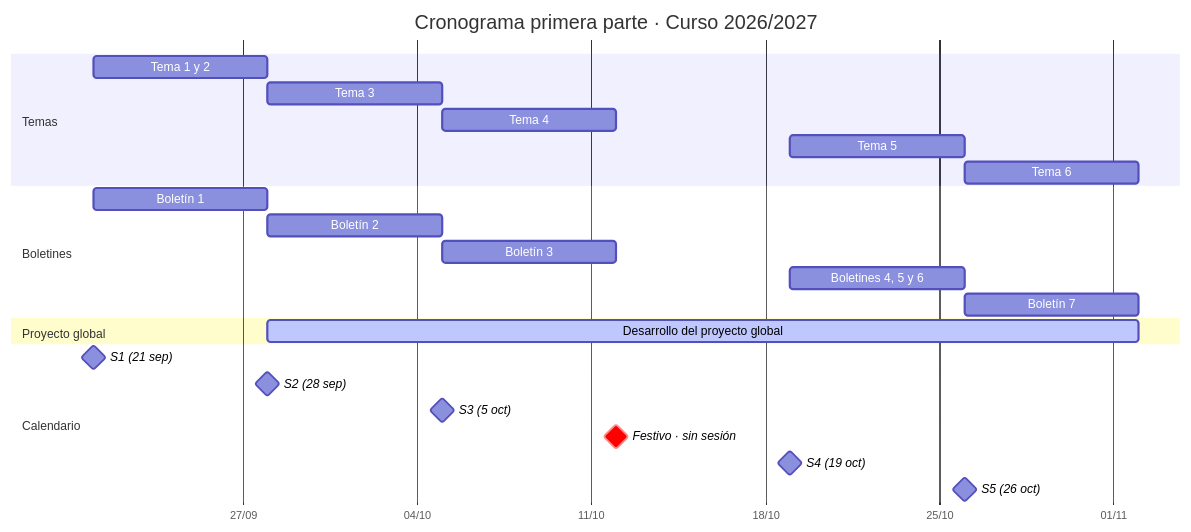
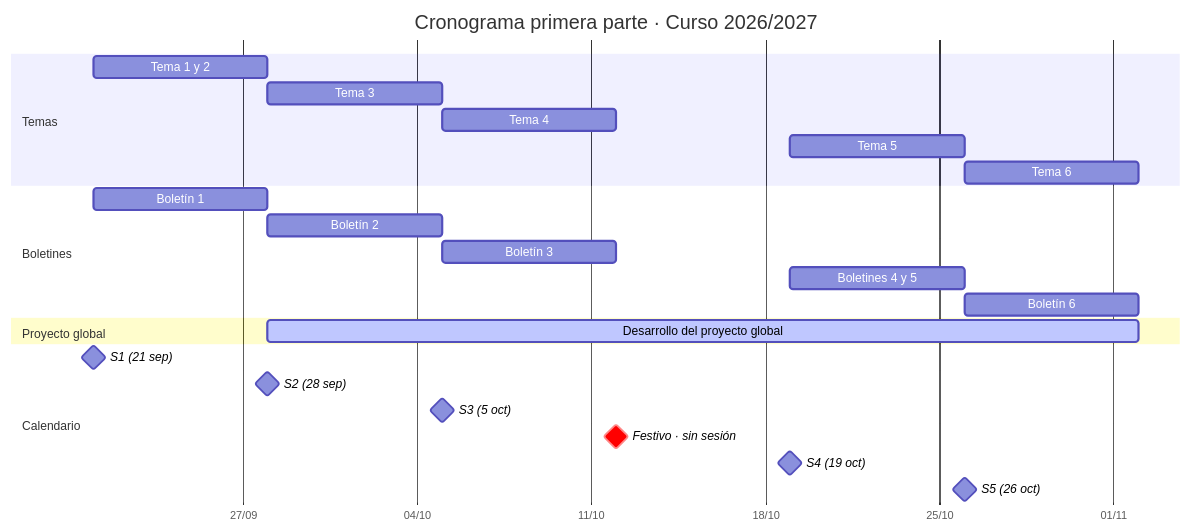
The sixth of 6 diagrams in content/practicas/boletin0-guia-del-curso.md (practicas-continuas-umu/apuntes), drawn with Mermaid before and after one commit. The commit also changed other lines of this file and 4 other files, not shown here.

````diff
--- a/content/practicas/boletin0-guia-del-curso.md
+++ b/content/practicas/boletin0-guia-del-curso.md
@@ -282,31 +281,31 @@
 ```mermaid
 gantt
     title Cronograma primera parte · Curso 2026/2027
     dateFormat YYYY-MM-DD
     axisFormat %d/%m
  
     section Temas
     Tema 1 y 2                 :t12,  2026-09-21, 7d
     Tema 3                     :t3,   2026-09-28, 7d
     Tema 4                     :t4,   2026-10-05, 7d
     Tema 5                     :t5,   2026-10-19, 7d
     Tema 6                     :t6,   2026-10-26, 7d
  
     section Boletines
     Boletín 1                  :b1,   2026-09-21, 7d
     Boletín 2                  :b2,   2026-09-28, 7d
     Boletín 3                  :b3,   2026-10-05, 7d
-    Boletines 4, 5 y 6         :b456, 2026-10-19, 7d
-    Boletín 7                  :b7,   2026-10-26, 7d
+    Boletines 4 y 5             :b45,  2026-10-19, 7d
+    Boletín 6                  :b6,   2026-10-26, 7d
  
     section Proyecto global
     Desarrollo del proyecto global :active, pg, 2026-09-28, 2026-11-02
  
     section Calendario
     S1 (21 sep)                :milestone, m1, 2026-09-21, 0d
     S2 (28 sep)                :milestone, m2, 2026-09-28, 0d
     S3 (5 oct)                 :milestone, m3, 2026-10-05, 0d
     Festivo · sin sesión       :crit, milestone, m0, 2026-10-12, 0d
     S4 (19 oct)                :milestone, m4, 2026-10-19, 0d
     S5 (26 oct)                :milestone, m5, 2026-10-26, 0d
 ```
````
